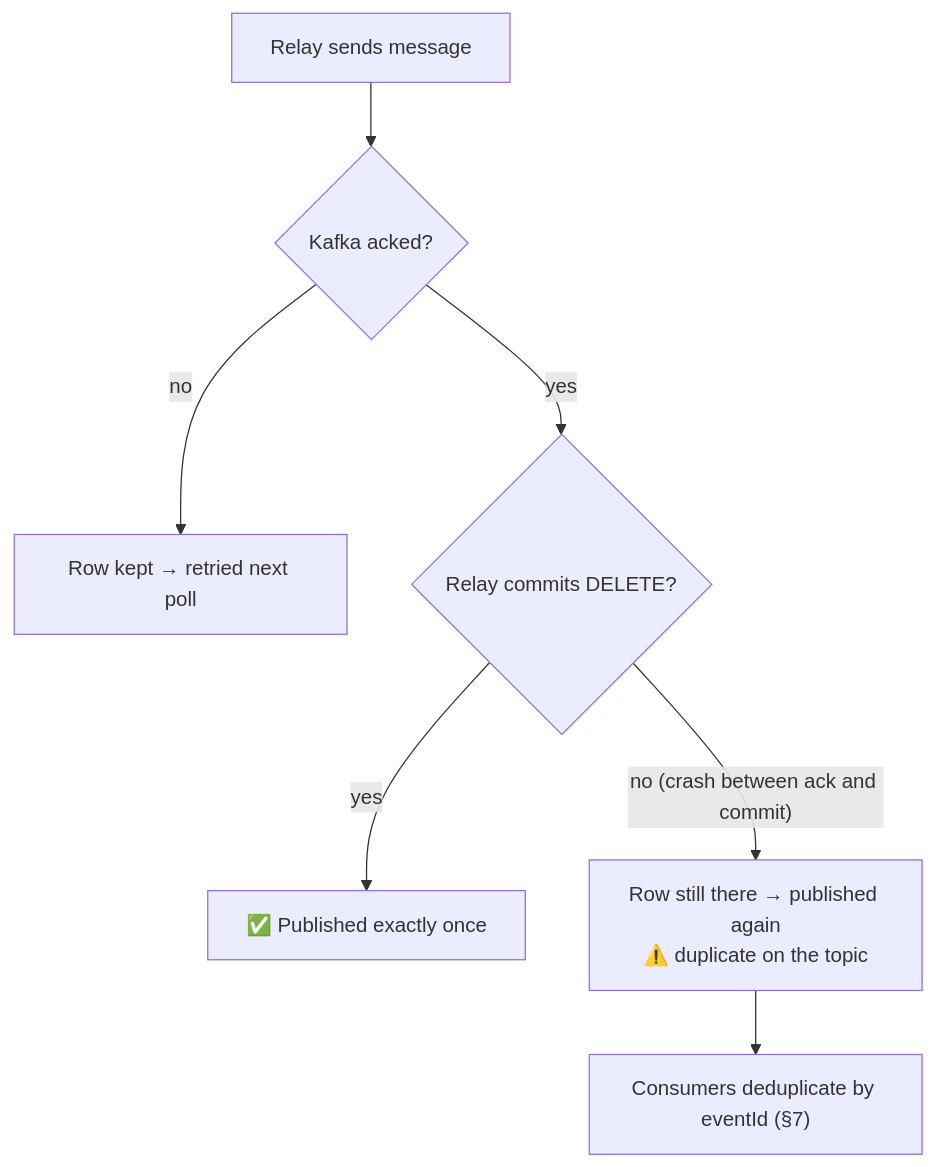
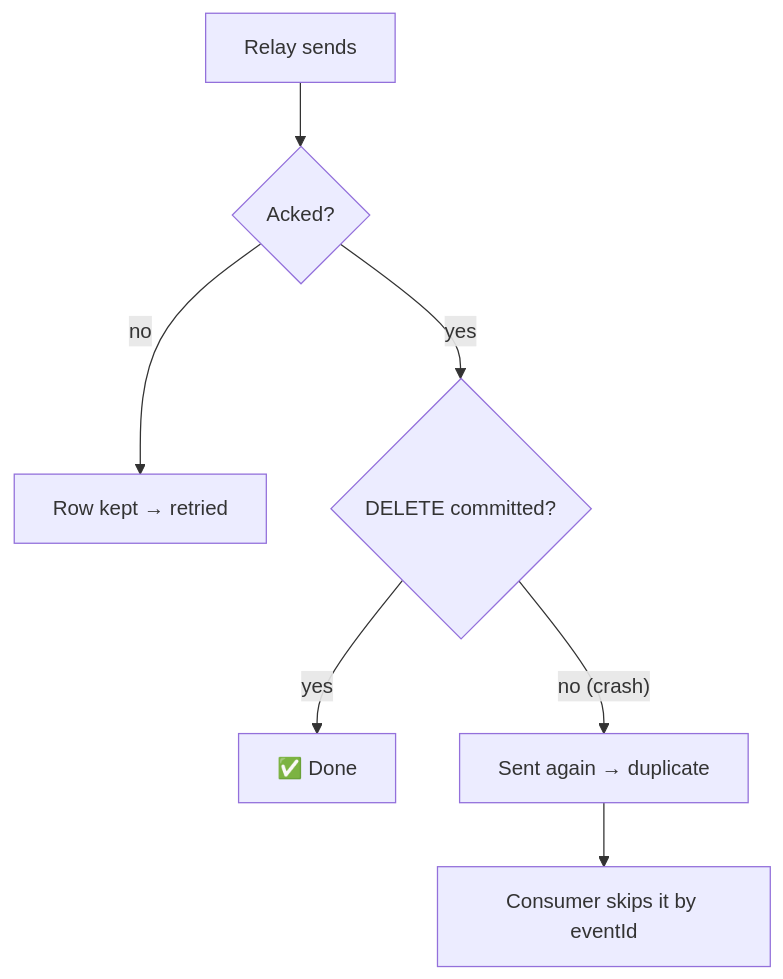
The seventh of 10 diagrams in README.md (BayechouAbdelhadi/kafka-java-demo), drawn with Mermaid before and after one commit. The commit also changed other lines of this file, not shown here.

Commit message:
Refactor README.md to improve clarity and structure, updating architecture and component descriptions for the Event-Driven Order System

````diff
--- a/README.md
+++ b/README.md
@@ -358,9 +152,9 @@
 ```mermaid
 flowchart TD
-    A[Relay sends message] --> B{Kafka acked?}
-    B -- no --> C[Row kept → retried next poll]
-    B -- yes --> D{Relay commits DELETE?}
-    D -- yes --> E["✅ Published exactly once"]
-    D -- "no (crash between ack and commit)" --> F["Row still there → published again<br/>⚠️ duplicate on the topic"]
-    F --> G["Consumers deduplicate by eventId (§7)"]
+    S[Relay sends] --> A{Acked?}
+    A -- no --> RT[Row kept → retried]
+    A -- yes --> D{DELETE committed?}
+    D -- yes --> OK[✅ Done]
+    D -- "no (crash)" --> DUP[Sent again → duplicate]
+    DUP --> IDEM[Consumer skips it by eventId]
 ```
````
